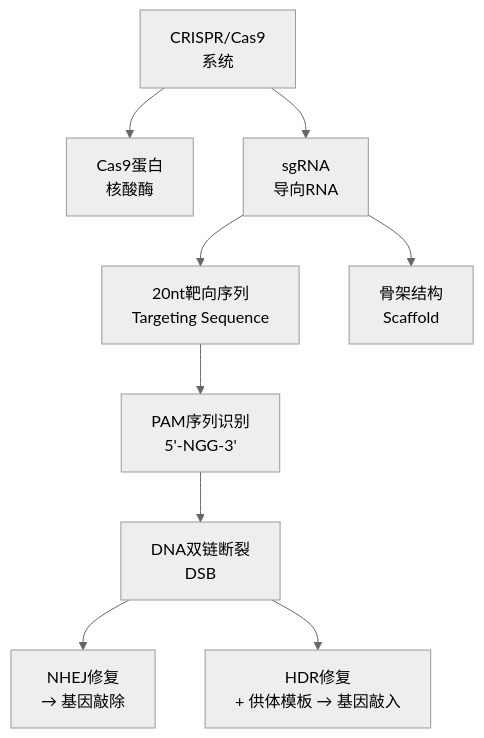
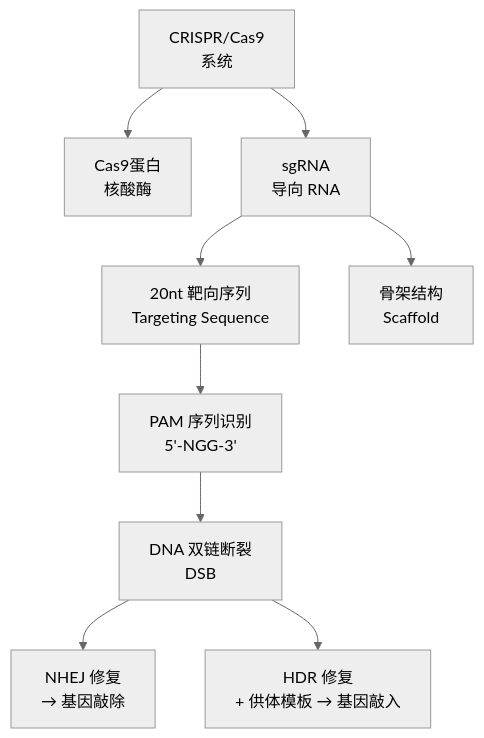
One commit to Tianshang301/TianshangKnowledgeBase changed the third of 4 diagrams in 02_NaturalSciences/Biology/MolecularBiology/分子生物学技术.md. Above: the diagram before and after it, drawn with Mermaid (neutral theme). The commit also changed other lines of this file and 2257 other files, not shown here.

````diff
--- a/02_NaturalSciences/Biology/MolecularBiology/分子生物学技术.md
+++ b/02_NaturalSciences/Biology/MolecularBiology/分子生物学技术.md
@@ -151,11 +151,11 @@
 ```mermaid
 flowchart TD
     A["CRISPR/Cas9<br/>系统"] --> B["Cas9蛋白<br/>核酸酶"]
-    A --> C["sgRNA<br/>导向RNA"]
-    C --> D["20nt靶向序列<br/>Targeting Sequence"]
+    A --> C["sgRNA<br/>导向 RNA"]
+    C --> D["20nt 靶向序列<br/>Targeting Sequence"]
     C --> E["骨架结构<br/>Scaffold"]
-    D --> F["PAM序列识别<br/>5'-NGG-3'"]
-    F --> G["DNA双链断裂<br/>DSB"]
-    G --> H["NHEJ修复<br/>→ 基因敲除"]
-    G --> I["HDR修复<br/>+ 供体模板 → 基因敲入"]
+    D --> F["PAM 序列识别<br/>5'-NGG-3'"]
+    F --> G["DNA 双链断裂<br/>DSB"]
+    G --> H["NHEJ 修复<br/>→ 基因敲除"]
+    G --> I["HDR 修复<br/>+ 供体模板 → 基因敲入"]
 ```
````
